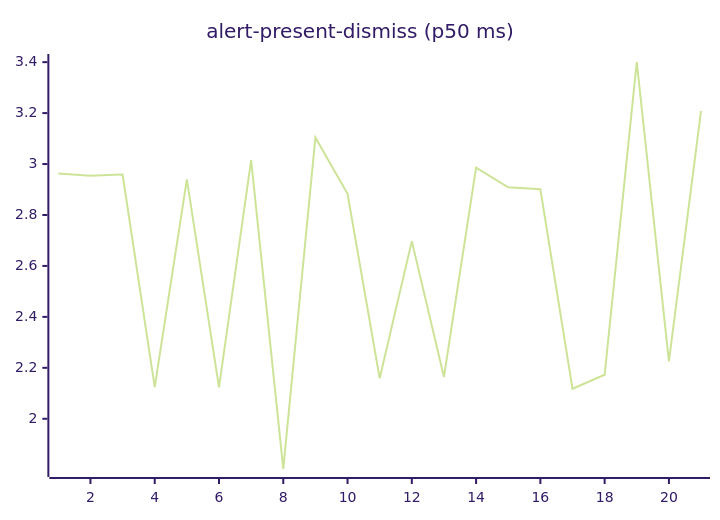
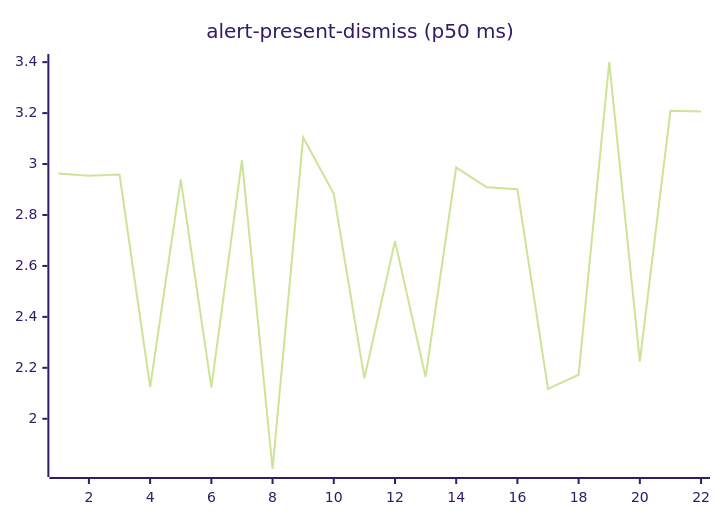
One commit to josha/Facet changed the second of 27 diagrams in README.md. Above: the diagram before and after it, drawn with Mermaid (forest theme). The commit also changed other lines of this file and 2 other files, not shown here.

````diff
--- a/README.md
+++ b/README.md
@@ -70,6 +70,6 @@
 ```mermaid
 xychart-beta
     title "alert-present-dismiss (p50 ms)"
-    x-axis 1 --> 21
-    line [2.9632, 2.9538, 2.9589, 2.1244, 2.9396, 2.1232, 3.0157, 1.8028, 3.1043, 2.8834, 2.1588, 2.6974, 2.1643, 2.9862, 2.9085, 2.9011, 2.1177, 2.1729, 3.4006, 2.2253, 3.2090]
+    x-axis 1 --> 22
+    line [2.9632, 2.9538, 2.9589, 2.1244, 2.9396, 2.1232, 3.0157, 1.8028, 3.1043, 2.8834, 2.1588, 2.6974, 2.1643, 2.9862, 2.9085, 2.9011, 2.1177, 2.1729, 3.4006, 2.2253, 3.2090, 3.2058]
 ```
````
